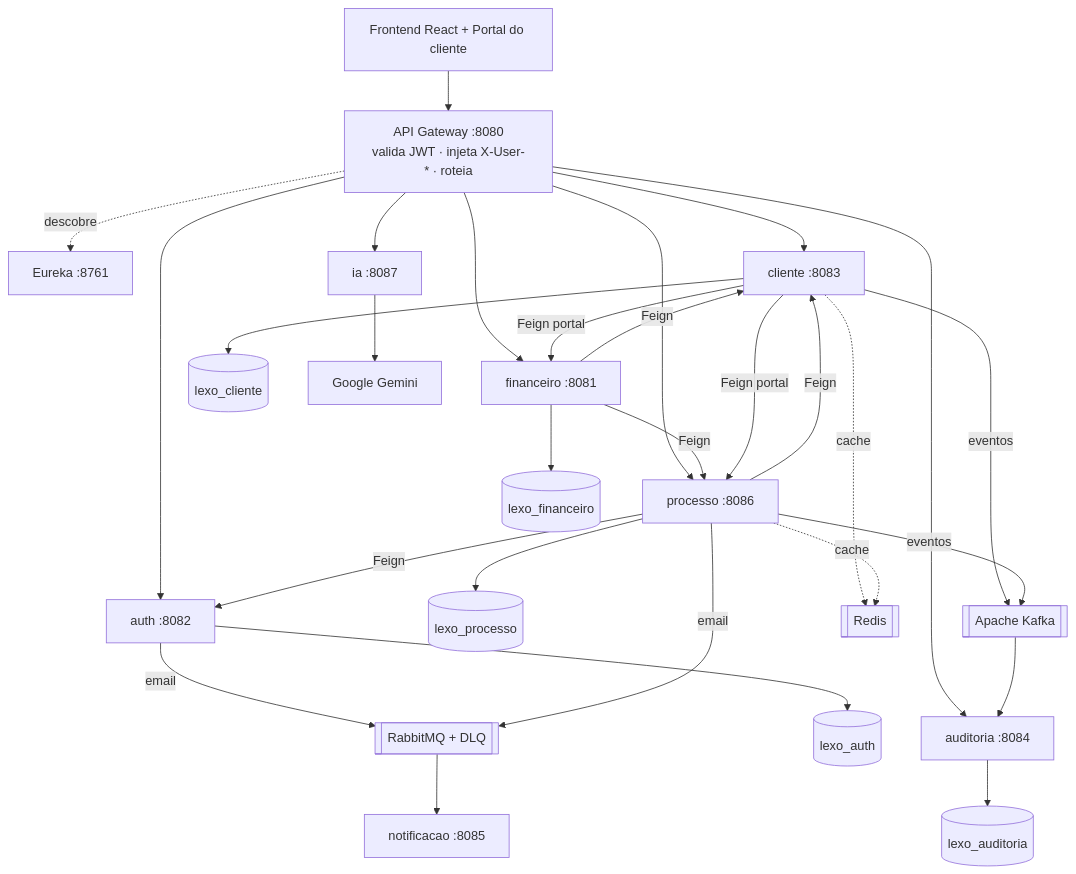
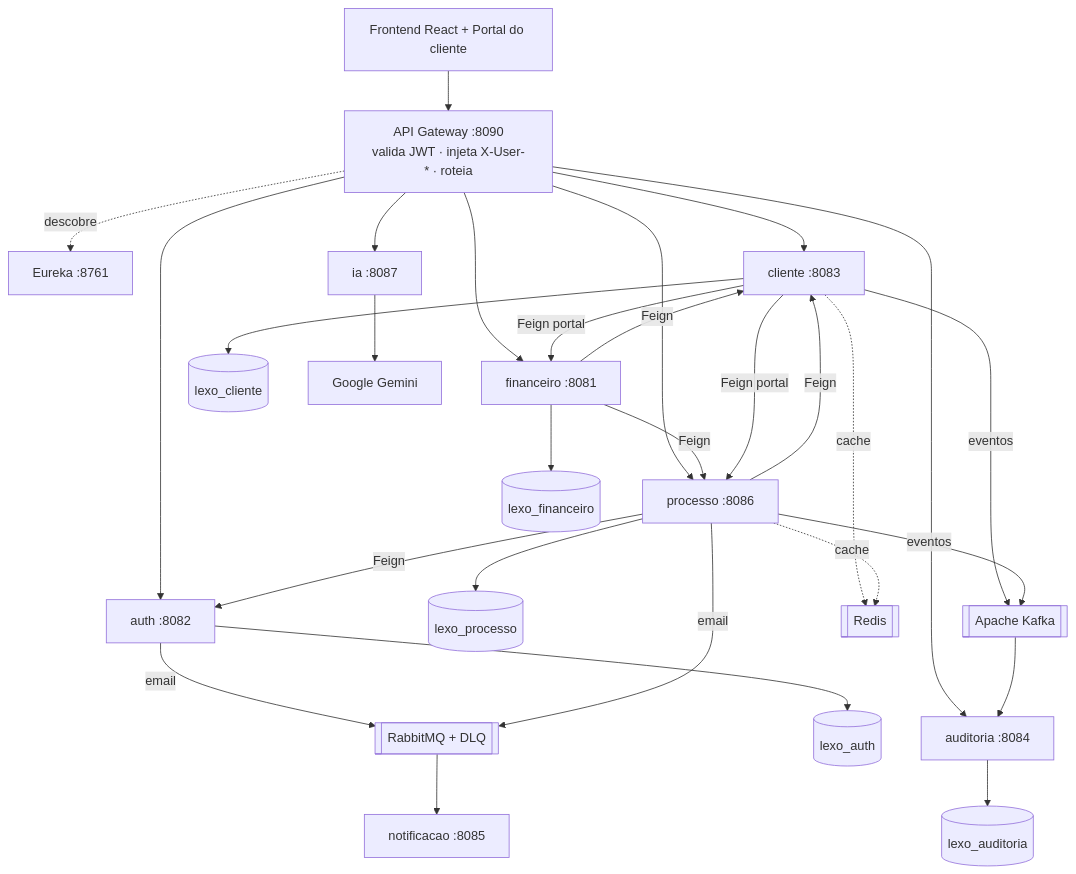
Before and after one commit to KauanDiNubila/lexo-backend: the diagram in README.md, drawn with Mermaid. The commit also changed other lines of this file and 9 other files, not shown here.

````diff
--- a/README.md
+++ b/README.md
@@ -42,35 +42,35 @@
 ```mermaid
 flowchart TB
-    FE["Frontend React + Portal do cliente"] --> GW["API Gateway :8080<br/>valida JWT · injeta X-User-* · roteia"]
+    FE["Frontend React + Portal do cliente"] --> GW["API Gateway :8090<br/>valida JWT · injeta X-User-* · roteia"]
     GW -. descobre .-> EUREKA["Eureka :8761"]
 
     GW --> AUTH["auth :8082"]
     GW --> CLI["cliente :8083"]
     GW --> PROC["processo :8086"]
     GW --> FIN["financeiro :8081"]
     GW --> IA["ia :8087"]
     GW --> AUD["auditoria :8084"]
 
     AUTH --> DBA[("lexo_auth")]
     CLI --> DBC[("lexo_cliente")]
     PROC --> DBP[("lexo_processo")]
     FIN --> DBF[("lexo_financeiro")]
     AUD --> DBAU[("lexo_auditoria")]
 
     PROC -- Feign --> CLI
     PROC -- Feign --> AUTH
     FIN -- Feign --> CLI
     FIN -- Feign --> PROC
     CLI -- Feign portal --> PROC
     CLI -- Feign portal --> FIN
 
     CLI -- eventos --> KAFKA[["Apache Kafka"]]
     PROC -- eventos --> KAFKA
     KAFKA --> AUD
     AUTH -- email --> RABBIT[["RabbitMQ + DLQ"]]
     PROC -- email --> RABBIT
     RABBIT --> NOT["notificacao :8085"]
     CLI -. cache .-> REDIS[["Redis"]]
     PROC -. cache .-> REDIS
     IA --> GEMINI["Google Gemini"]
 ```
````
